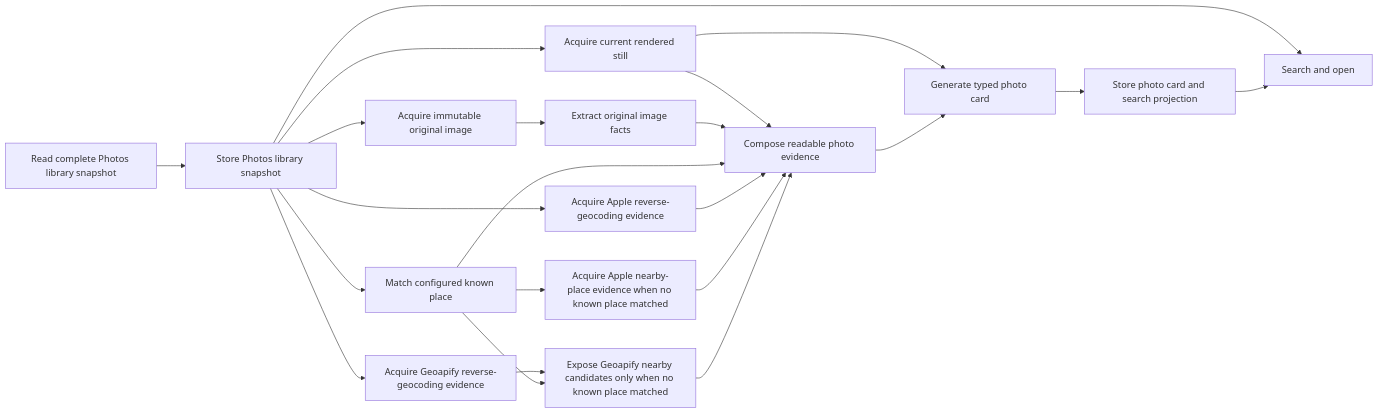
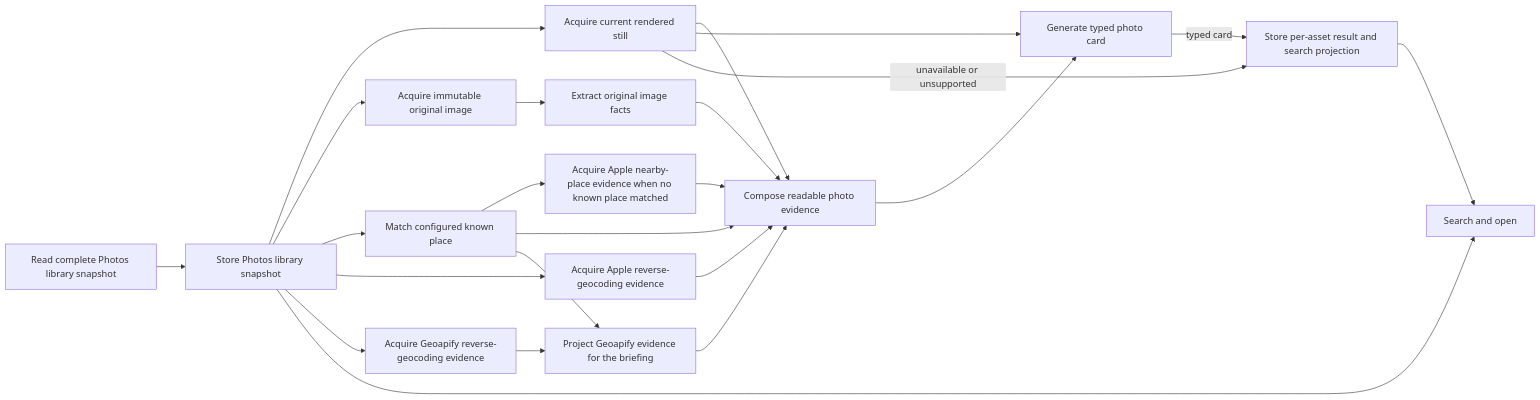
Before and after one commit to opentrawl/opentrawl: the diagram in trawlers/photos/docs/architecture.md, drawn with Mermaid. The commit also changed other lines of this file, not shown here.

````diff
--- a/trawlers/photos/docs/architecture.md
+++ b/trawlers/photos/docs/architecture.md
@@ -26,24 +26,25 @@
 ```mermaid
 flowchart LR
     snapshot["Read complete Photos library snapshot"] --> index["Store Photos library snapshot"]
     index --> current["Acquire current rendered still"]
     index --> original["Acquire immutable original image"]
     original --> facts["Extract original image facts"]
     index --> known["Match configured known place"]
     index --> appleReverse["Acquire Apple reverse-geocoding evidence"]
     known --> appleNearby["Acquire Apple nearby-place evidence when no known place matched"]
     index --> geoapify["Acquire Geoapify reverse-geocoding evidence"]
     current --> readable["Compose readable photo evidence"]
     facts --> readable
     known --> readable
     appleReverse --> readable
     appleNearby --> readable
-    geoapify --> geoapifyExposure["Expose Geoapify nearby candidates only when no known place matched"]
+    geoapify --> geoapifyExposure["Project Geoapify evidence for the briefing"]
     known --> geoapifyExposure
     geoapifyExposure --> readable
     current --> card["Generate typed photo card"]
     readable --> card
-    card --> store["Store photo card and search projection"]
+    card -->|typed card| store["Store per-asset result and search projection"]
+    current -->|unavailable or unsupported| store
     index --> query["Search and open"]
     store --> query
 ```
````
